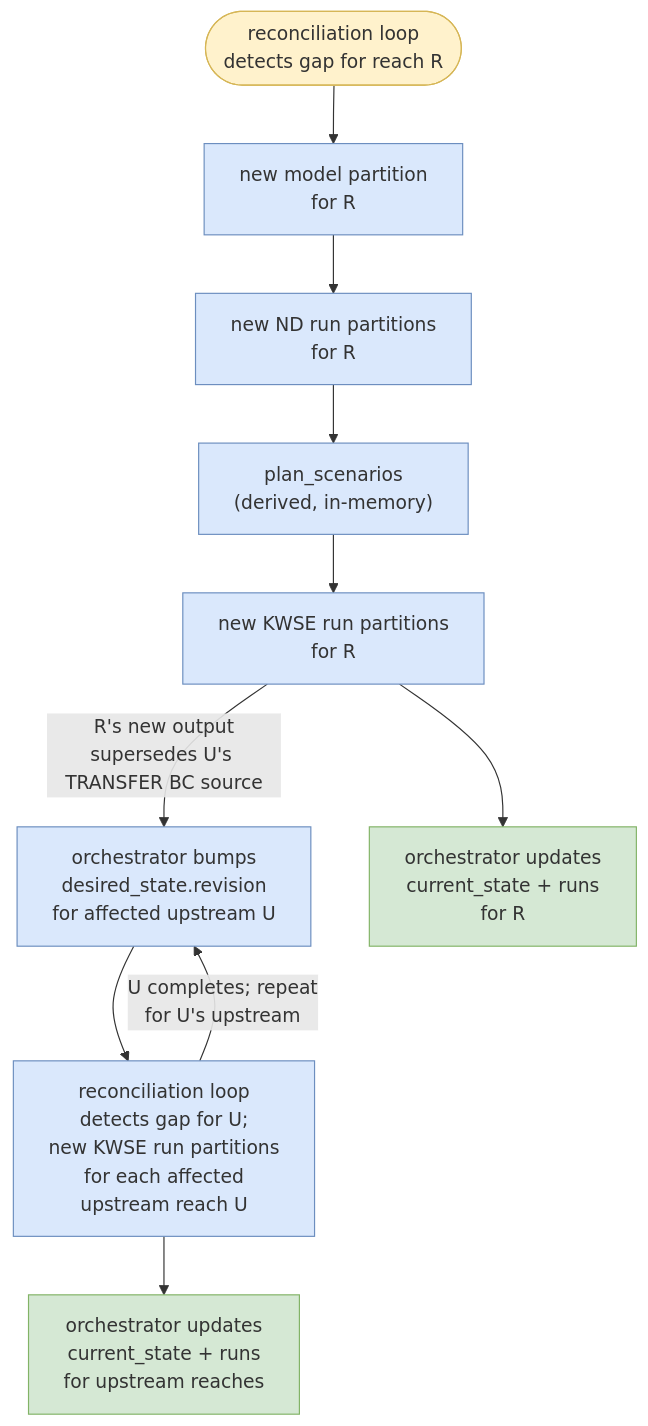
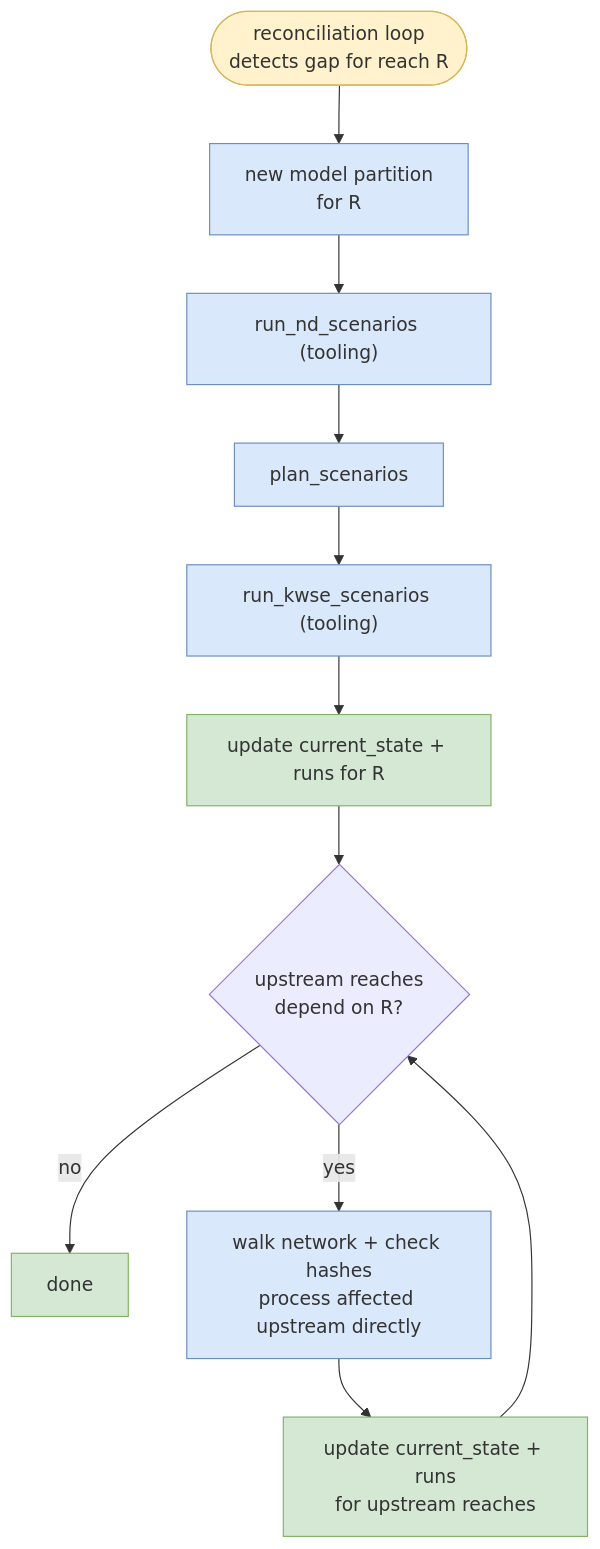
The fifth of 5 diagrams in system-design/specs/triggers-and-propagation.md (NOAA-OWP/twod-fim-knowledge-base), drawn with Mermaid before and after one commit. The commit also changed other lines of this file and 1 other file, not shown here.

First line of the commit message:
Add trigger tables, flow diagrams, update propagation and reach processing (#58)

````diff
--- a/system-design/specs/triggers-and-propagation.md
+++ b/system-design/specs/triggers-and-propagation.md
@@ -73,23 +137,23 @@
 ```mermaid
 flowchart TD
     GAP(["reconciliation loop<br/>detects gap for reach R"])
     GAP --> MR["new model partition<br/>for R"]
-    MR --> NDR["new ND run partitions<br/>for R"]
-    NDR --> SSR["plan_scenarios<br/>(derived, in-memory)"]
-    SSR --> KWR["new KWSE run partitions<br/>for R"]
+    MR --> NDR["run_nd_scenarios (tooling)"]
+    NDR --> SSR["plan_scenarios"]
+    SSR --> KWR["run_kwse_scenarios (tooling)"]
 
-    KWR -- "R's new output<br/>supersedes U's TRANSFER BC source" --> BUMP["orchestrator bumps<br/>desired_state.revision<br/>for affected upstream U"]
+    KWR --> DB1["update current_state + runs for R"]
 
-    BUMP --> UPS["reconciliation loop<br/>detects gap for U;<br/>new KWSE run partitions<br/>for each affected<br/>upstream reach U"]
-
-    KWR --> DB1["orchestrator updates<br/>current_state + runs<br/>for R"]
-    UPS --> DB2["orchestrator updates<br/>current_state + runs<br/>for upstream reaches"]
-    UPS -- "U completes; repeat<br/>for U's upstream" --> BUMP
+    DB1 --> Discover{"upstream reaches<br/>depend on R?"}
+    Discover -- "no" --> Done["done"]
+    Discover -- "yes" --> Cascade["walk network + check hashes<br/>process affected upstream directly"]
+    Cascade --> DB2["update current_state + runs<br/>for upstream reaches"]
+    DB2 --> Discover
 
     classDef trigger fill:#fff2cc,stroke:#d6b656
     classDef newpartition fill:#dae8fc,stroke:#6c8ebf
     classDef done fill:#d5e8d4,stroke:#82b366
     class GAP trigger
-    class MR,NDR,SSR,KWR,UPS,BUMP newpartition
-    class DB1,DB2 done
+    class MR,NDR,SSR,KWR,Cascade newpartition
+    class DB1,DB2,Done done
 ```
````
